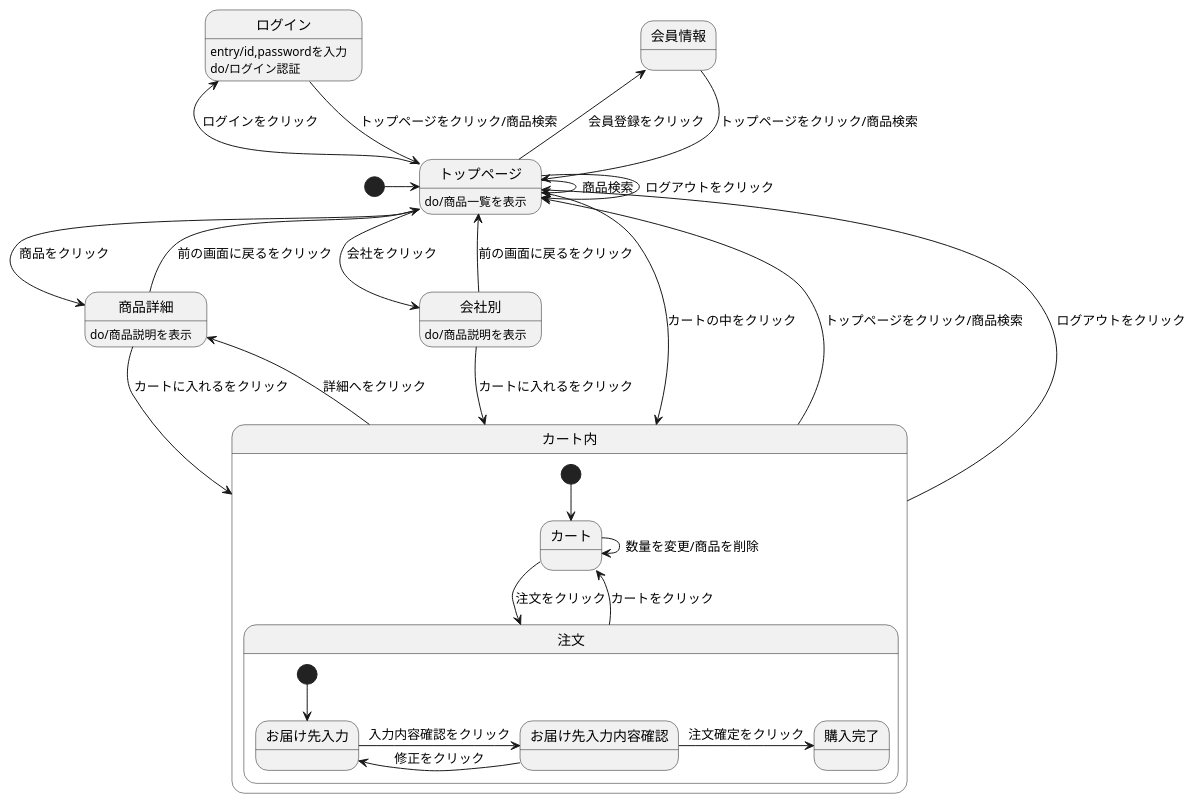
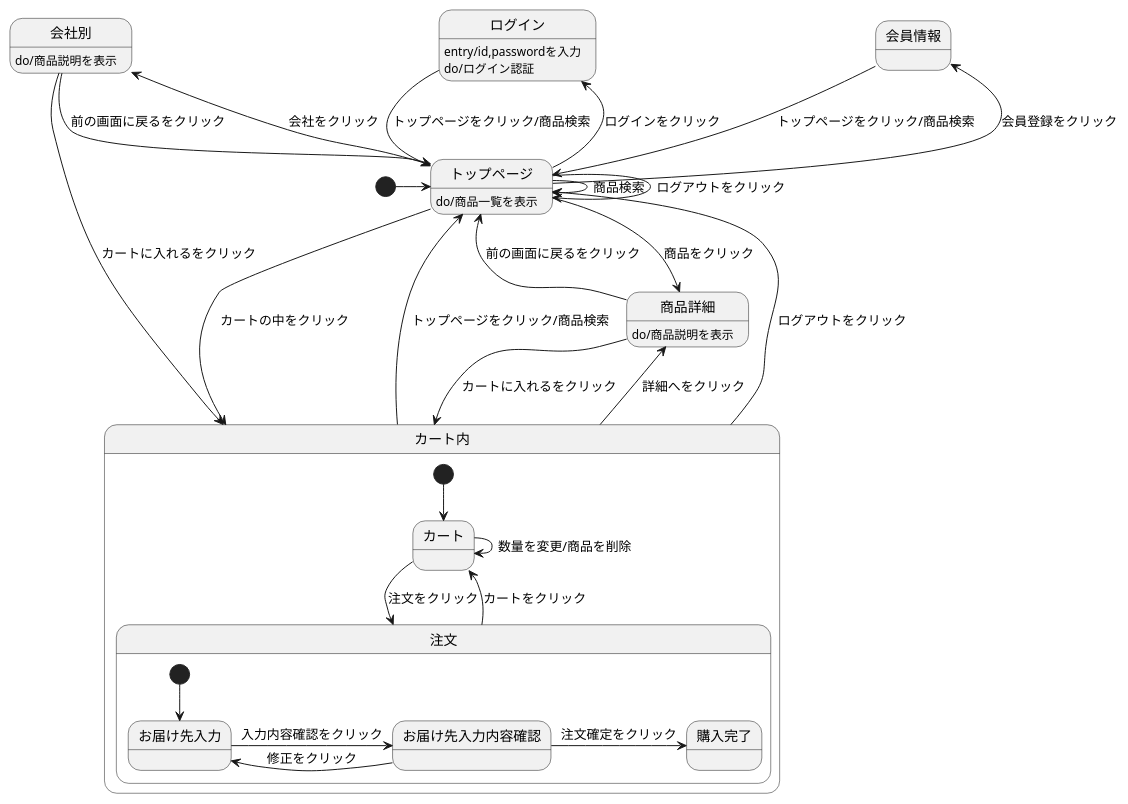
The diagram in myHP/第１２回画面遷移/画面遷移.md (Aso2001403/2021sys-design), drawn with PlantUML before and after one commit.

````diff
--- a/myHP/第１２回画面遷移/画面遷移.md
+++ b/myHP/第１２回画面遷移/画面遷移.md
@@ -1,39 +1,39 @@
 ```uml
 @startuml
 [*] -> トップページ
 会員情報 --> トップページ : トップページをクリック/商品検索
 ログイン --> トップページ : トップページをクリック/商品検索
 ログイン : entry/id,passwordを入力
 ログイン : do/ログイン認証
 トップページ --> トップページ : ログアウトをクリック
 トップページ -> トップページ : 商品検索
 トップページ -> 商品詳細 : 商品をクリック
-トップページ -> 会社別 : 会社をクリック
+トップページ -left> 会社別 : 会社をクリック
 トップページ -left-> 会員情報 : 会員登録をクリック
 トップページ -left-> ログイン : ログインをクリック
 トップページ --> カート内 : カートの中をクリック
 トップページ : do/商品一覧を表示
 商品詳細 --> カート内 : カートに入れるをクリック
 商品詳細 --> トップページ : 前の画面に戻るをクリック
 商品詳細 : do/商品説明を表示
 会社別 --> カート内 : カートに入れるをクリック
 会社別 --> トップページ : 前の画面に戻るをクリック
 会社別 : do/商品説明を表示
 カート内 -up-> トップページ : トップページをクリック/商品検索
 カート内 -up-> トップページ : ログアウトをクリック
 カート内 -> 商品詳細 : 詳細へをクリック
 
 state カート内 {
   [*] --> カート
   カート -> 注文 : 注文をクリック
   カート -> カート : 数量を変更/商品を削除
   注文 --> カート : カートをクリック
   state 注文 {
     [*] --> お届け先入力
     お届け先入力 -> お届け先入力内容確認 : 入力内容確認をクリック
     お届け先入力内容確認 -> お届け先入力 : 修正をクリック
     お届け先入力内容確認 -> 購入完了 : 注文確定をクリック
   }
 
 @enduml
 ```
````
